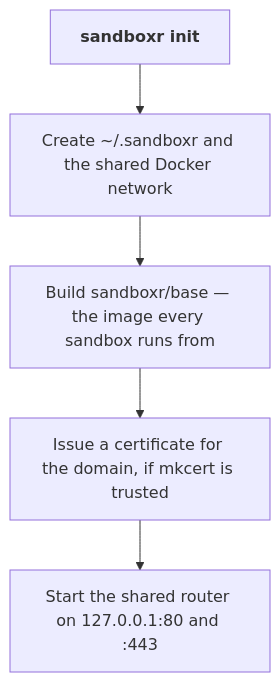
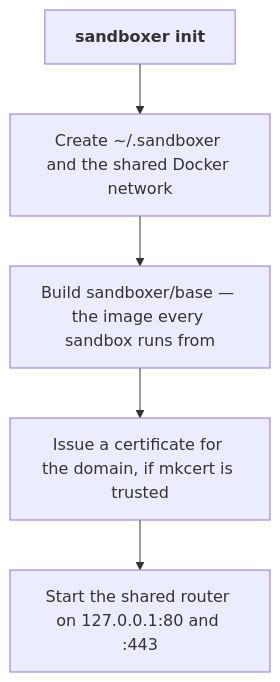
One commit to mattmoran56/sandboxer-core changed the diagram in docs/getting-started/install.md. Above: the diagram before and after it, drawn with Mermaid. The commit also changed other lines of this file and 215 other files, not shown here.

````diff
--- a/docs/getting-started/install.md
+++ b/docs/getting-started/install.md
@@ -83,9 +83,9 @@
 ```mermaid
 flowchart TB
-  a["<b>sandboxr init</b>"]
-  b["Create ~/.sandboxr and the shared Docker network"]
-  c["Build sandboxr/base — the image every sandbox runs from"]
+  a["<b>sandboxer init</b>"]
+  b["Create ~/.sandboxer and the shared Docker network"]
+  c["Build sandboxer/base — the image every sandbox runs from"]
   e["Issue a certificate for the domain, if mkcert is trusted"]
   f["Start the shared router on 127.0.0.1:80 and :443"]
   a --> b --> c --> e --> f
 ```
````
